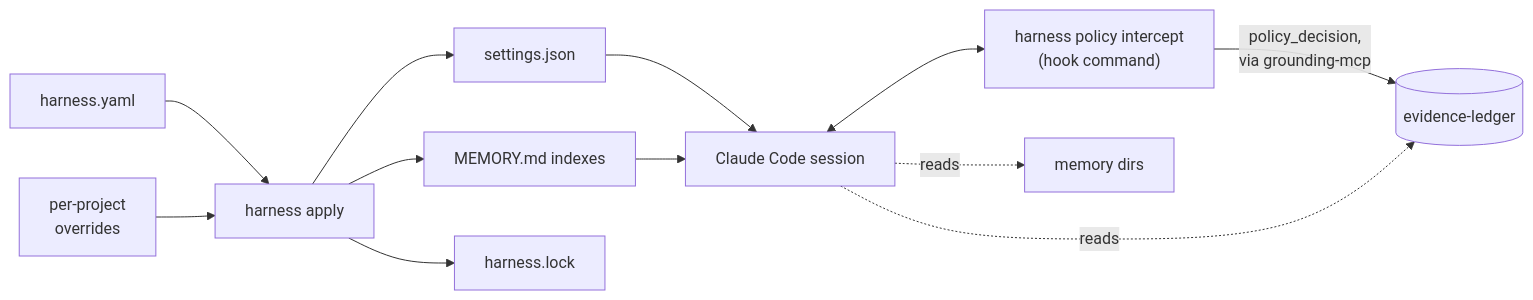
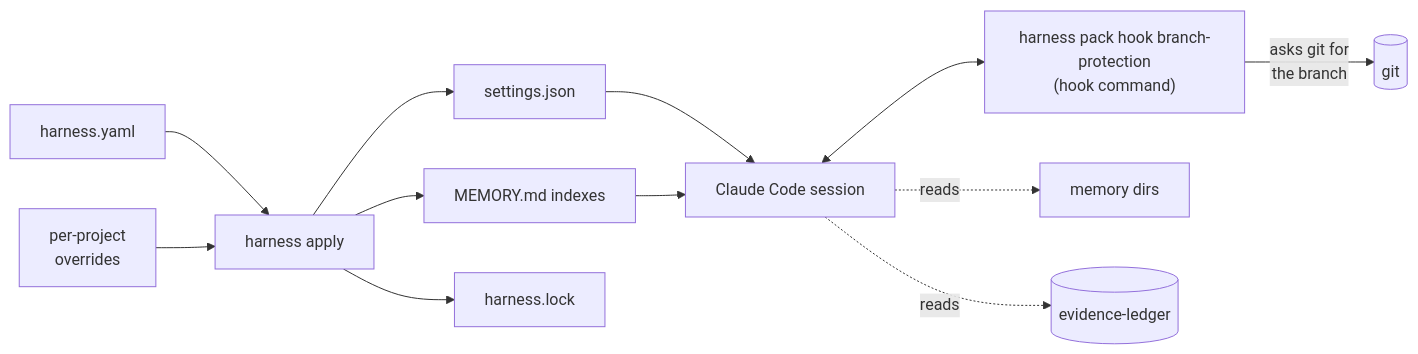
The first of 2 diagrams in docs/for-humans.md (LanNguyenSi/harness), drawn with Mermaid before and after one commit. The commit also changed other lines of this file and 22 other files, not shown here.

First line of the commit message:
docs: describe harness after the policy-engine removal (task 16823ac4)

````diff
--- a/docs/for-humans.md
+++ b/docs/for-humans.md
@@ -23,25 +23,25 @@
 ```mermaid
 flowchart LR
     yaml[harness.yaml]
     overrides[per-project<br/>overrides]
     apply[harness apply]
     settings[settings.json]
     memidx[MEMORY.md indexes]
     lock[harness.lock]
     cc[Claude Code session]
-    intercept["harness policy intercept<br/>(hook command)"]
+    bphook["harness pack hook branch-protection<br/>(hook command)"]
     memdirs[memory dirs]
     ledger[(evidence-ledger)]
 
     yaml --> apply
     overrides --> apply
     apply --> settings
     apply --> memidx
     apply --> lock
     settings --> cc
     memidx --> cc
-    cc <--> intercept
-    intercept -->|"policy_decision,<br/>via grounding-mcp"| ledger
+    cc <--> bphook
+    bphook -->|"asks git for<br/>the branch"| git[(git)]
     cc -. reads .-> memdirs
     cc -. reads .-> ledger
 ```
````
